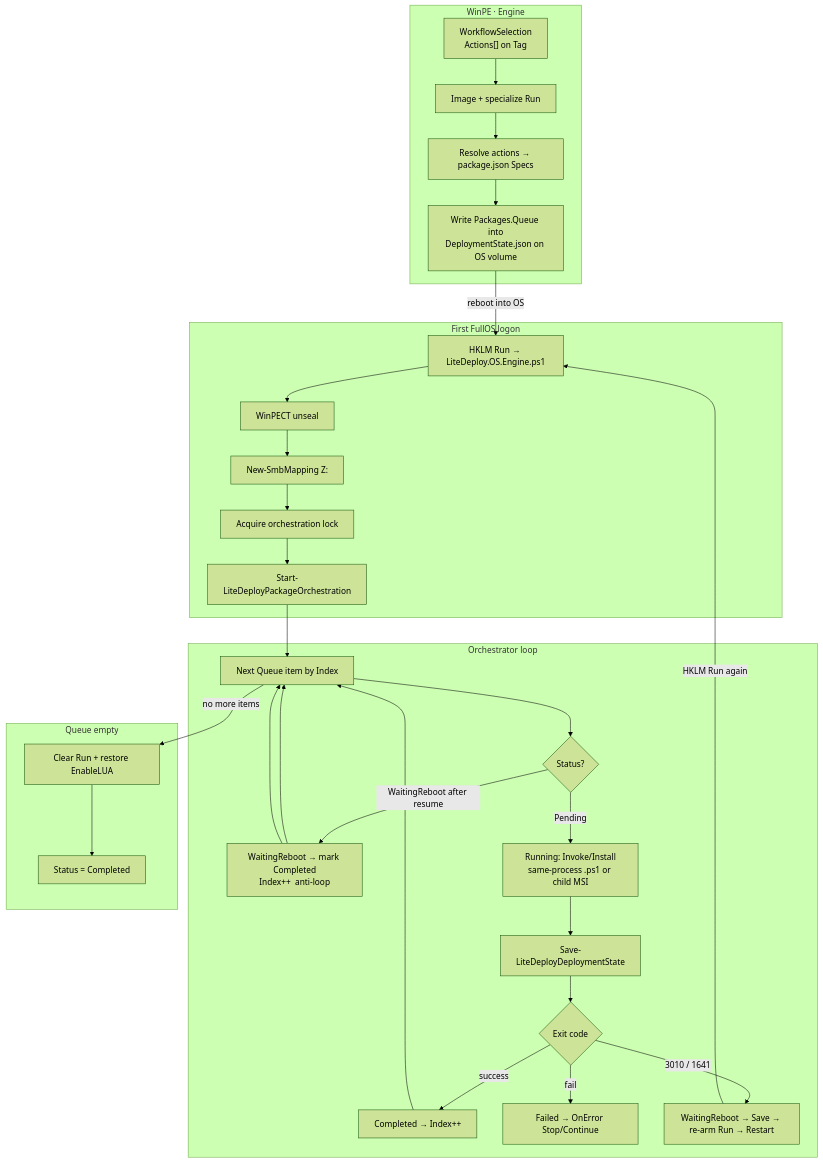
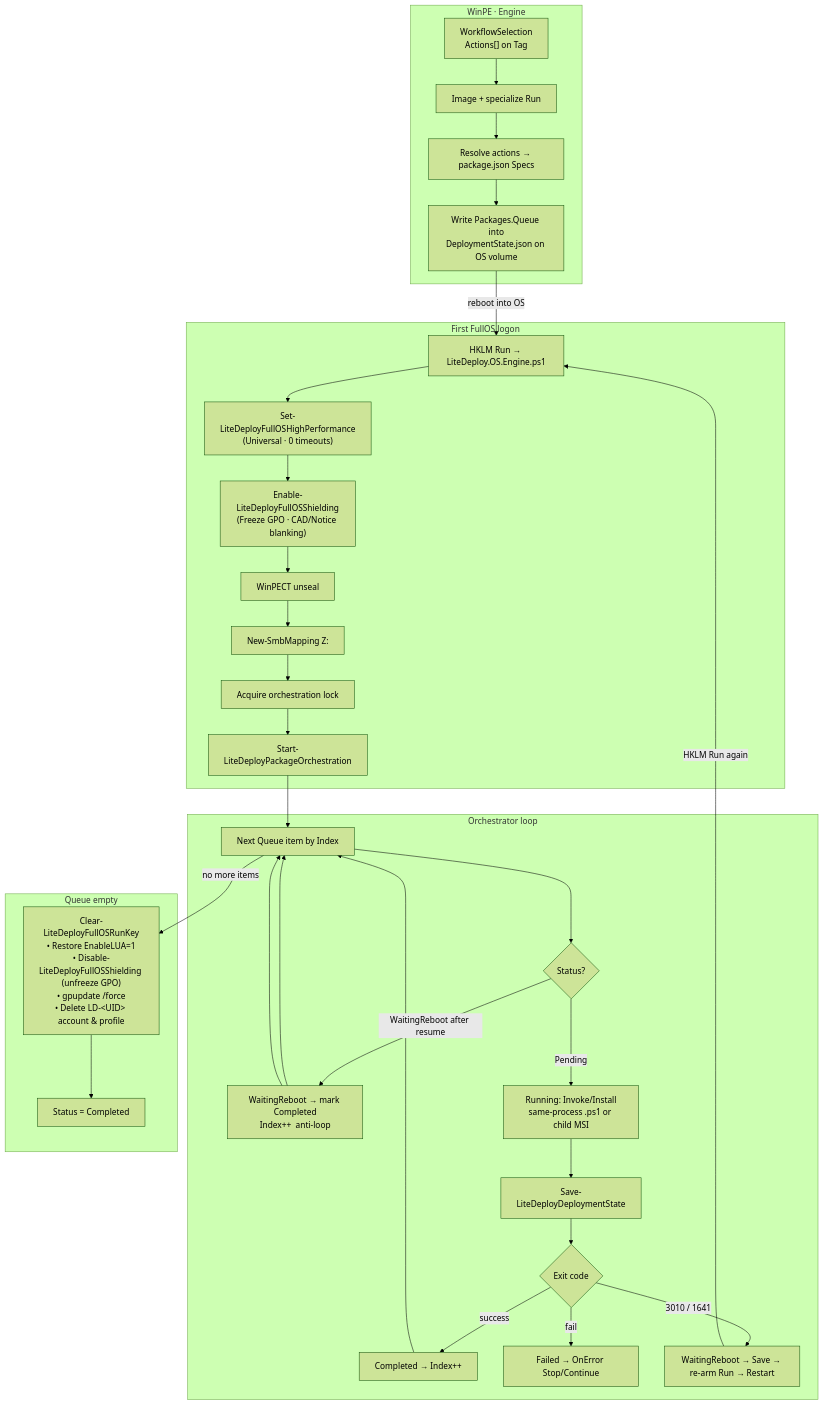
One commit to cmartineztech/LiteDeploy.Core changed the first of 3 diagrams in _Docs/planning/PACKAGE_ORCHESTRATOR_PLAN.md. Above: the diagram before and after it, drawn with Mermaid (forest theme). The commit also changed other lines of this file and 3 other files, not shown here.

Commit message:
docs(planning): update planning documentation to reflect live v2 architecture

````diff
--- a/_Docs/planning/PACKAGE_ORCHESTRATOR_PLAN.md
+++ b/_Docs/planning/PACKAGE_ORCHESTRATOR_PLAN.md
@@ -20,51 +20,53 @@
 ```mermaid
 flowchart TD
     subgraph WinPE["WinPE · Engine"]
         Sel["WorkflowSelection<br/>Actions[] on Tag"]
         Img["Image + specialize Run"]
         Resolve["Resolve actions → package.json Specs"]
         StateOut["Write Packages.Queue into<br/>DeploymentState.json on OS volume"]
         Sel --> Img --> Resolve --> StateOut
     end
 
     subgraph FirstBoot["First FullOS logon"]
         Run["HKLM Run → LiteDeploy.OS.Engine.ps1"]
+        Power["Set-LiteDeployFullOSHighPerformance<br/>(Universal · 0 timeouts)"]
+        Shield["Enable-LiteDeployFullOSShielding<br/>(Freeze GPO · CAD/Notice blanking)"]
         WinPECT["WinPECT unseal"]
         Z["New-SmbMapping Z:"]
         Lock["Acquire orchestration lock"]
         Orch["Start-LiteDeployPackageOrchestration"]
-        Run --> WinPECT --> Z --> Lock --> Orch
+        Run --> Power --> Shield --> WinPECT --> Z --> Lock --> Orch
     end
 
     StateOut -->|reboot into OS| Run
 
     subgraph Loop["Orchestrator loop"]
         Next["Next Queue item by Index"]
         Status{"Status?"}
         WaitRB["WaitingReboot → mark Completed<br/>Index++  anti-loop"]
         RunPkg["Running: Invoke/Install<br/>same-process .ps1 or child MSI"]
         Save1["Save-LiteDeployDeploymentState"]
         Exit{"Exit code"}
         Done["Completed → Index++"]
         Fail["Failed → OnError Stop/Continue"]
         Reboot["WaitingReboot → Save → re-arm Run → Restart"]
         Next --> Status
         Status -->|WaitingReboot after resume| WaitRB --> Next
         Status -->|Pending| RunPkg --> Save1 --> Exit
         Exit -->|success| Done --> Next
         Exit -->|3010 / 1641| Reboot
         Exit -->|fail| Fail
     end
 
     Orch --> Next
     Reboot -->|HKLM Run again| Run
     WaitRB --> Next
 
     subgraph Finish["Queue empty"]
-        Clear["Clear Run + restore EnableLUA"]
+        Clear["Clear-LiteDeployFullOSRunKey<br/>• Restore EnableLUA=1<br/>• Disable-LiteDeployFullOSShielding (unfreeze GPO)<br/>• gpupdate /force<br/>• Delete LD-&lt;UID&gt; account & profile"]
         Complete["Status = Completed"]
         Clear --> Complete
     end
 
     Next -->|no more items| Clear
 ```
````
